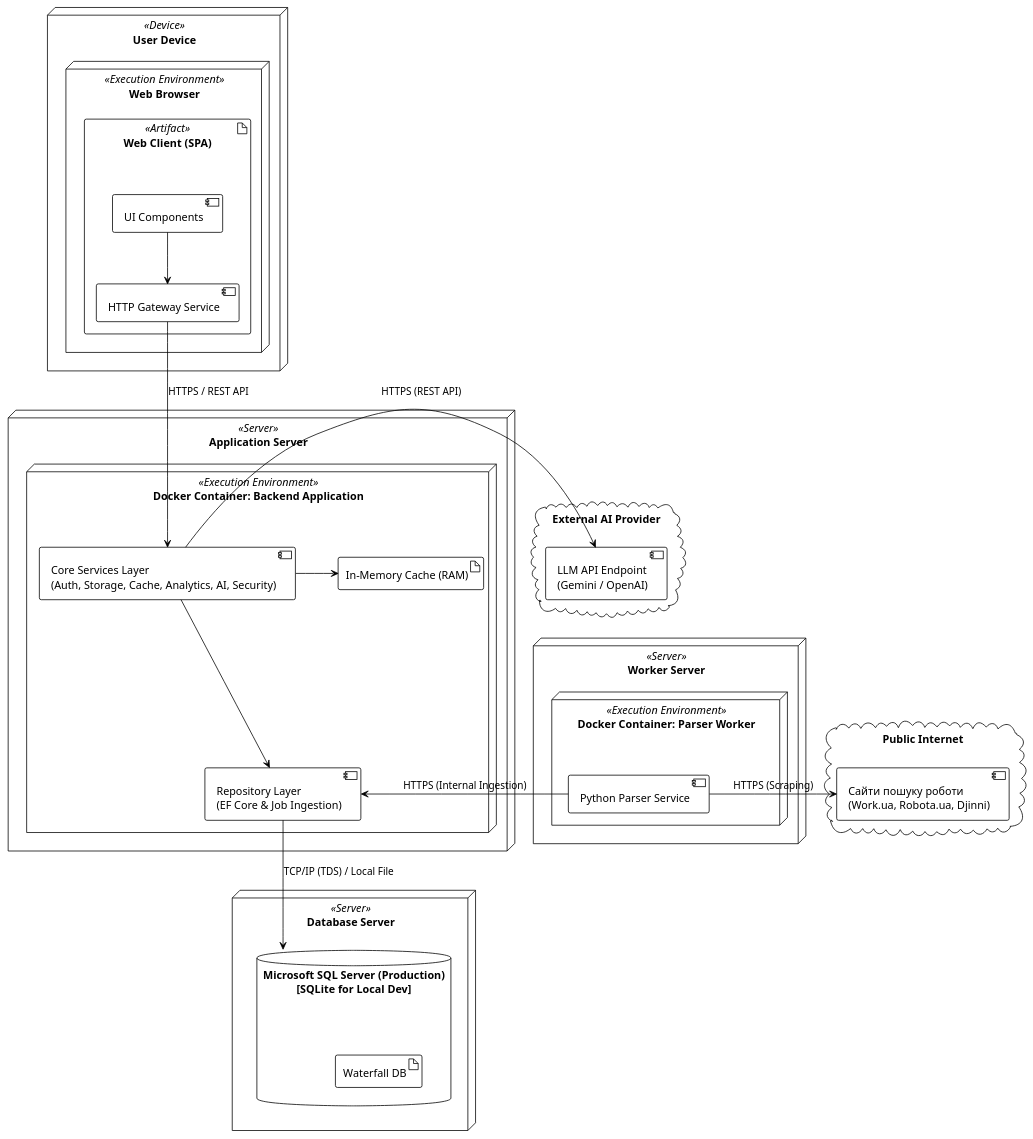
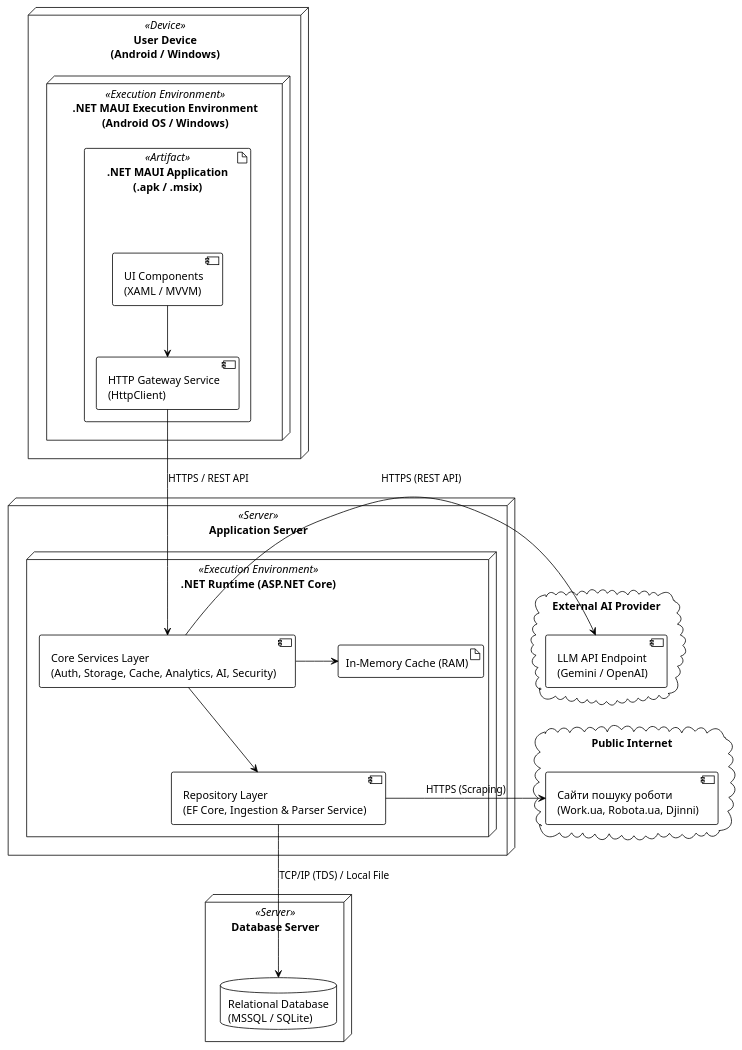
Before and after one commit to ukma-fin-ssdm-2026/waterfall: the diagram in docs/architecture/uml/deployment-diagram.puml, drawn with PlantUML. The commit also changed other lines of this file and 4 other files, not shown here.

Commit message:
added architecture and diagrams

```diff
--- a/docs/architecture/uml/deployment-diagram.puml
+++ b/docs/architecture/uml/deployment-diagram.puml
@@ -1,53 +2,44 @@
 @startuml
 !theme plain
 skinparam nodesep 55
 skinparam ranksep 65
 
-node "User Device" <<Device>> {
-    node "Web Browser" <<Execution Environment>> {
-        artifact "Web Client (SPA)" <<Artifact>> {
-            component "UI Components" as ClientUI
-            component "HTTP Gateway Service" as ClientGateway
+node "User Device\n(Android / Windows)" <<Device>> {
+    node ".NET MAUI Execution Environment\n(Android OS / Windows)" <<Execution Environment>> {
+        artifact ".NET MAUI Application\n(.apk / .msix)" <<Artifact>> {
+            component "UI Components\n(XAML / MVVM)" as ClientUI
+            component "HTTP Gateway Service\n(HttpClient)" as ClientGateway
             ClientUI -down-> ClientGateway
         }
     }
 }
 
+cloud "External AI Provider" {
+    component "LLM API Endpoint\n(Gemini / OpenAI)" as AIEndpoint
+}
+
 node "Application Server" <<Server>> {
-    node "Docker Container: Backend Application" <<Execution Environment>> {
+    node ".NET Runtime (ASP.NET Core)" <<Execution Environment>> {
         component "Core Services Layer\n(Auth, Storage, Cache, Analytics, AI, Security)" as CoreServices
-        component "Repository Layer\n(EF Core & Job Ingestion)" as RepoLayer
+        component "Repository Layer\n(EF Core, Ingestion & Parser Service)" as RepoLayer
         artifact "In-Memory Cache (RAM)" as MemoryCache
         
         CoreServices -down-> RepoLayer
         CoreServices -right-> MemoryCache
     }
 }
 
-node "Worker Server" <<Server>> {
-    node "Docker Container: Parser Worker" <<Execution Environment>> {
-        component "Python Parser Service" as ParserService
-    }
-}
-
 node "Database Server" <<Server>> {
-    database "Microsoft SQL Server (Production)\n[SQLite for Local Dev]" as DB {
-        artifact "Waterfall DB"
-    }
-}
-
-cloud "External AI Provider" {
-    component "LLM API Endpoint\n(Gemini / OpenAI)" as AIEndpoint
+    database "Relational Database\n(MSSQL / SQLite)" as DB
 }
 
 cloud "Public Internet" {
     component "Сайти пошуку роботи\n(Work.ua, Robota.ua, Djinni)" as JobSites
 }
 
 ClientGateway -down-> CoreServices : HTTPS / REST API
 RepoLayer -down-> DB : TCP/IP (TDS) / Local File
-ParserService -left-> RepoLayer : HTTPS (Internal Ingestion)
-ParserService -right-> JobSites : HTTPS (Scraping)
-CoreServices -right-> AIEndpoint : HTTPS (REST API)
+CoreServices -left-> AIEndpoint : HTTPS (REST API)
+RepoLayer -right-> JobSites : HTTPS (Scraping)
 
 @enduml
```
